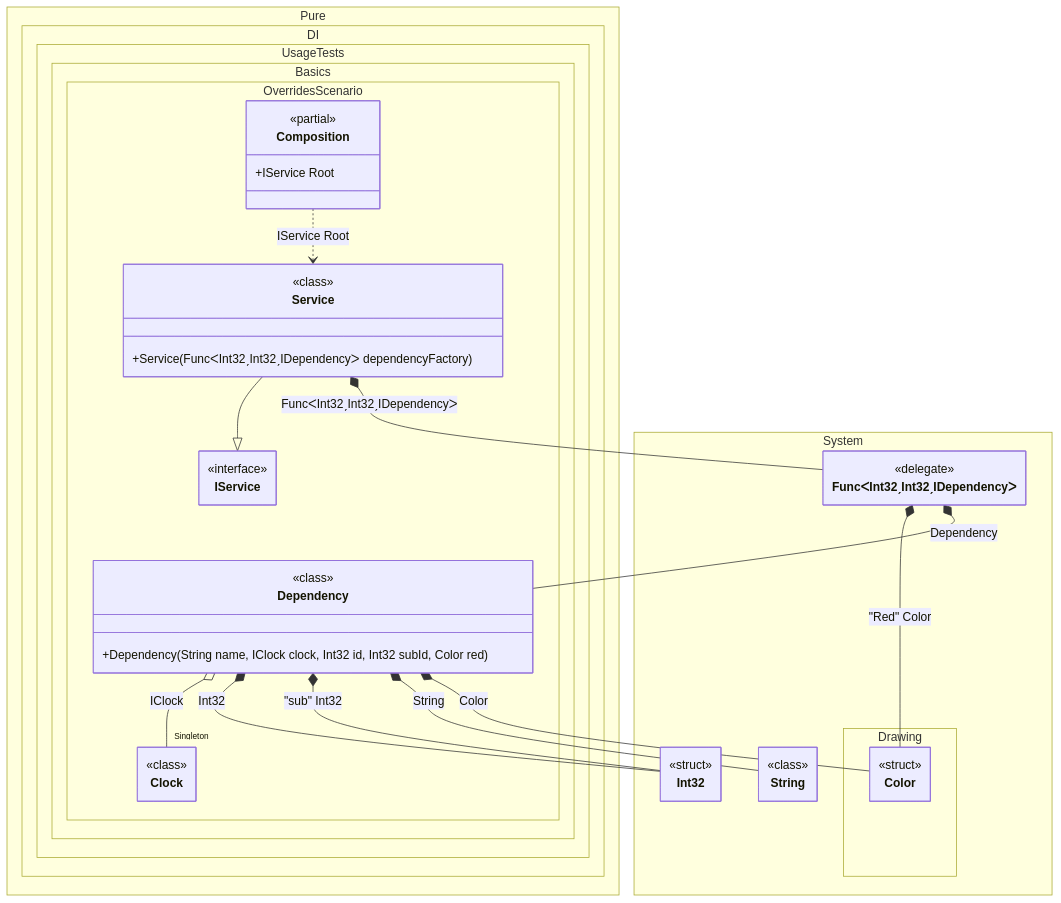
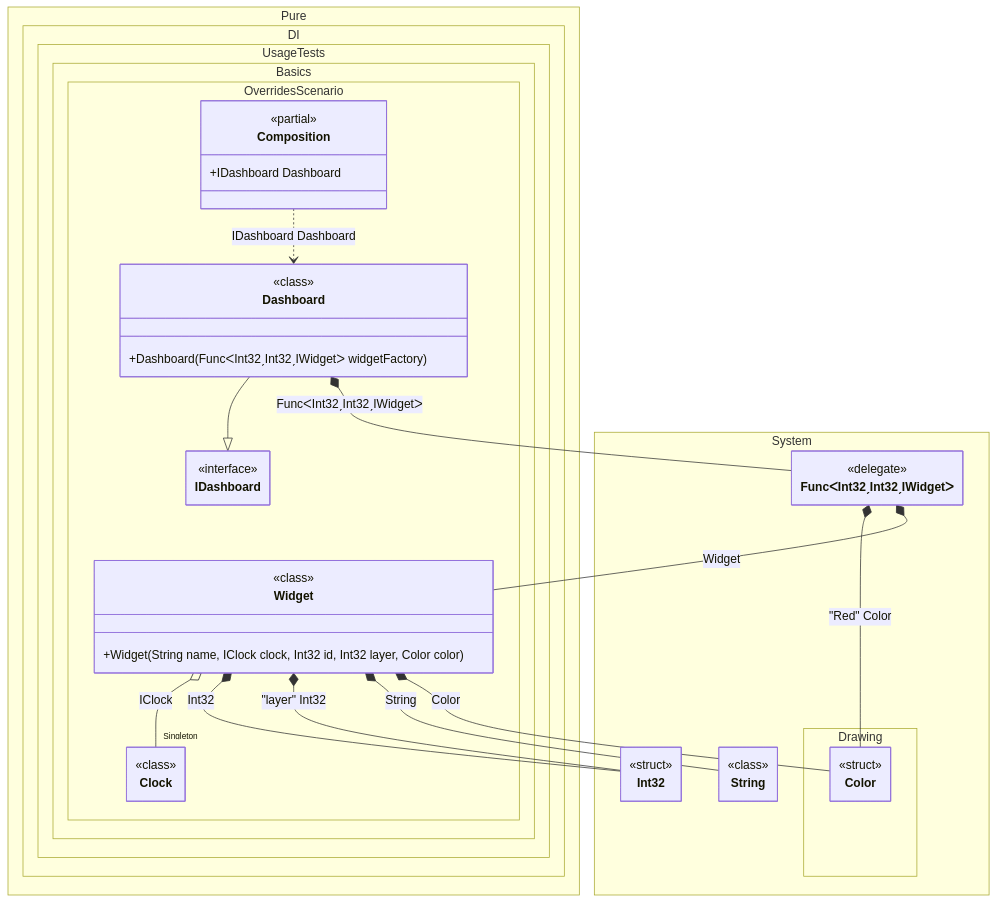
Before and after one commit to DevTeam/Pure.DI: the diagram in readme/overrides.md, drawn with Mermaid. The commit also changed other lines of this file and 126 other files, not shown here.

````diff
--- a/readme/overrides.md
+++ b/readme/overrides.md
@@ -198,56 +202,56 @@
 ```mermaid
 ---
  config:
   maxTextSize: 2147483647
   maxEdges: 2147483647
   class:
    hideEmptyMembersBox: true
 ---
 classDiagram
-	Service --|> IService
-	Composition ..> Service : IService Root
-	FuncᐸInt32ˏInt32ˏIDependencyᐳ *--  Color : "Red"  Color
-	FuncᐸInt32ˏInt32ˏIDependencyᐳ *--  Dependency : Dependency
-	Service *--  FuncᐸInt32ˏInt32ˏIDependencyᐳ : FuncᐸInt32ˏInt32ˏIDependencyᐳ
-	Dependency o-- "Singleton" Clock : IClock
-	Dependency *--  Int32 : Int32
-	Dependency *--  Int32 : "sub"  Int32
-	Dependency *--  String : String
-	Dependency *--  Color : Color
+	Dashboard --|> IDashboard
+	Composition ..> Dashboard : IDashboard Dashboard
+	FuncᐸInt32ˏInt32ˏIWidgetᐳ *--  Color : "Red"  Color
+	FuncᐸInt32ˏInt32ˏIWidgetᐳ *--  Widget : Widget
+	Dashboard *--  FuncᐸInt32ˏInt32ˏIWidgetᐳ : FuncᐸInt32ˏInt32ˏIWidgetᐳ
+	Widget o-- "Singleton" Clock : IClock
+	Widget *--  Int32 : Int32
+	Widget *--  Int32 : "layer"  Int32
+	Widget *--  String : String
+	Widget *--  Color : Color
 	namespace Pure.DI.UsageTests.Basics.OverridesScenario {
 		class Clock {
 			<<class>>
 		}
 		class Composition {
 		<<partial>>
-		+IService Root
+		+IDashboard Dashboard
 		}
-		class Dependency {
+		class Dashboard {
 				<<class>>
-			+Dependency(String name, IClock clock, Int32 id, Int32 subId, Color red)
+			+Dashboard(FuncᐸInt32ˏInt32ˏIWidgetᐳ widgetFactory)
 		}
-		class IService {
+		class IDashboard {
 			<<interface>>
 		}
-		class Service {
+		class Widget {
 				<<class>>
-			+Service(FuncᐸInt32ˏInt32ˏIDependencyᐳ dependencyFactory)
+			+Widget(String name, IClock clock, Int32 id, Int32 layer, Color color)
 		}
 	}
 	namespace System {
-		class FuncᐸInt32ˏInt32ˏIDependencyᐳ {
+		class FuncᐸInt32ˏInt32ˏIWidgetᐳ {
 				<<delegate>>
 		}
 		class Int32 {
 			<<struct>>
 		}
 		class String {
 			<<class>>
 		}
 	}
 	namespace System.Drawing {
 		class Color {
 			<<struct>>
 		}
 	}
 ```
````
